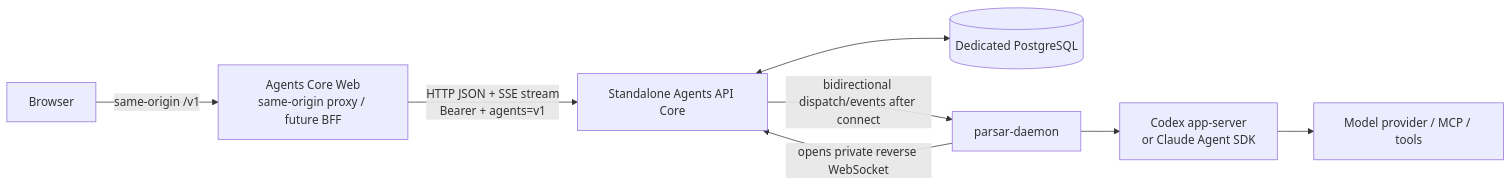
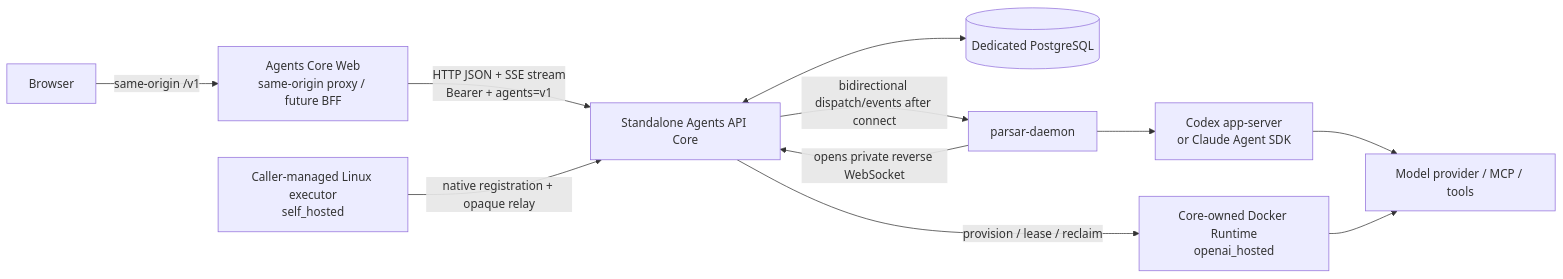
The diagram in docs/core-connection.md (MiniMax-AI-Dev/agents-core-web), drawn with Mermaid before and after one commit. The commit also changed other lines of this file and 112 other files, not shown here.

````diff
--- a/docs/core-connection.md
+++ b/docs/core-connection.md
@@ -22,17 +23,22 @@
 ```mermaid
 flowchart LR
   browser["Browser"]
   proxy["Agents Core Web<br/>same-origin proxy / future BFF"]
   core["Standalone Agents API Core"]
   postgres[("Dedicated PostgreSQL")]
   daemon["parsar-daemon"]
   harness["Codex app-server<br/>or Claude Agent SDK"]
+  executor["Caller-managed Linux executor<br/>self_hosted"]
+  managed["Core-owned Docker Runtime<br/>openai_hosted"]
   provider["Model provider / MCP / tools"]
 
   browser -->|"same-origin /v1"| proxy
   proxy -->|"HTTP JSON + SSE stream<br/>Bearer + agents=v1"| core
   core <--> postgres
   daemon -->|"opens private reverse WebSocket"| core
   core -->|"bidirectional dispatch/events after connect"| daemon
   daemon --> harness --> provider
+  executor -->|"native registration + opaque relay"| core
+  core -->|"provision / lease / reclaim"| managed
+  managed --> provider
 ```
````
